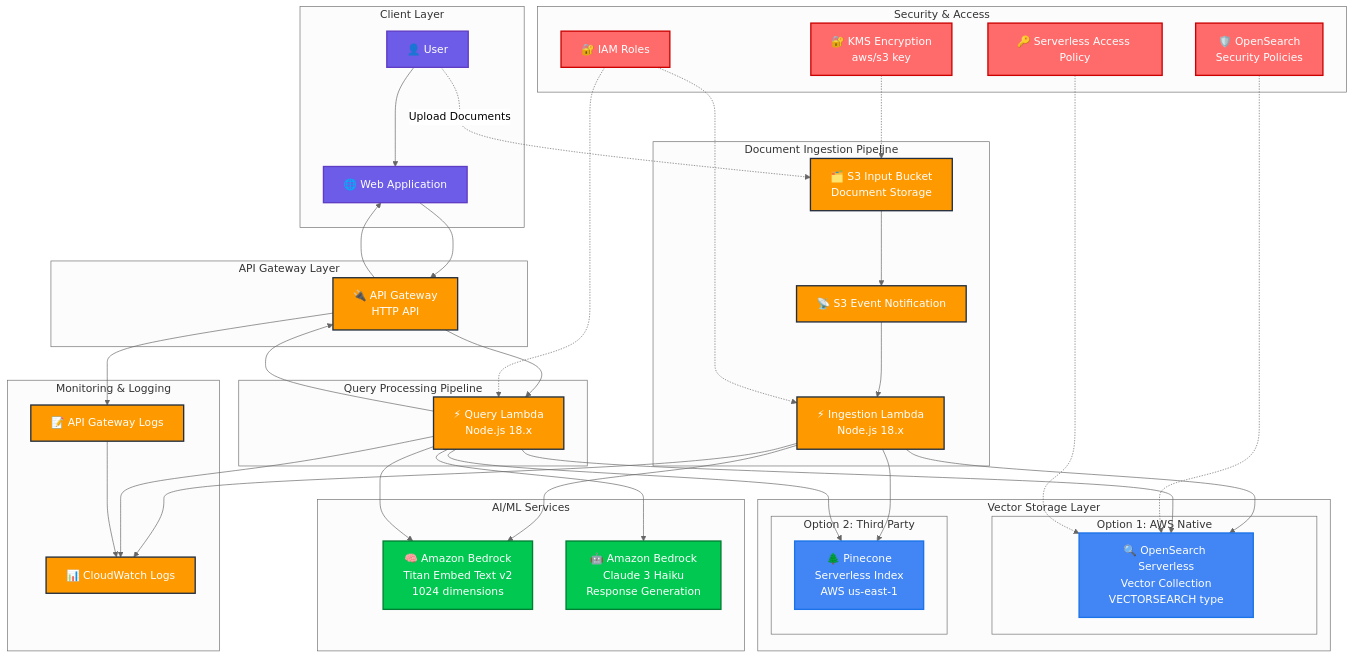
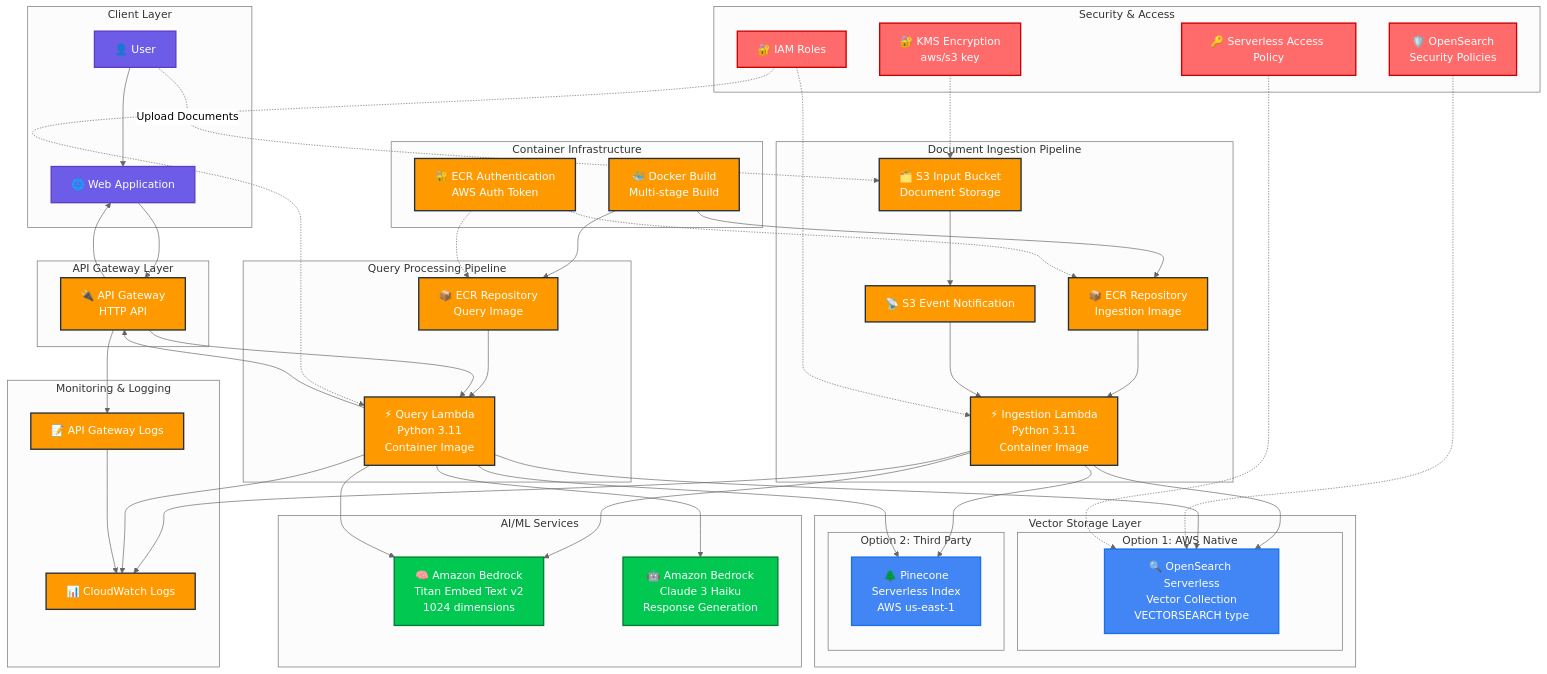
The diagram in rag-architecture-hld.md (pulumi-initech/aws-rag-pipeline), drawn with Mermaid (neutral theme) before and after one commit. The commit also changed other lines of this file, not shown here.

````diff
--- a/rag-architecture-hld.md
+++ b/rag-architecture-hld.md
@@ -14,11 +14,18 @@
     subgraph "Document Ingestion Pipeline"
         S3Input[🗂️ S3 Input Bucket<br/>Document Storage]
         S3Event[📡 S3 Event Notification]
-        IngestionLambda[⚡ Ingestion Lambda<br/>Node.js 18.x]
+        IngestionLambda[⚡ Ingestion Lambda<br/>Python 3.11<br/>Container Image]
+        IngestionECR[📦 ECR Repository<br/>Ingestion Image]
     end
 
     subgraph "Query Processing Pipeline"
-        QueryLambda[⚡ Query Lambda<br/>Node.js 18.x]
+        QueryLambda[⚡ Query Lambda<br/>Python 3.11<br/>Container Image]
+        QueryECR[📦 ECR Repository<br/>Query Image]
+    end
+
+    subgraph "Container Infrastructure"
+        DockerBuild[🐳 Docker Build<br/>Multi-stage Build]
+        ECRAuth[🔐 ECR Authentication<br/>AWS Auth Token]
     end
 
     subgraph "AI/ML Services"
@@ -51,6 +58,14 @@
     User --> WebApp
     WebApp --> API
     User -.->|Upload Documents| S3Input
+
+    %% Container Build Flow
+    DockerBuild --> IngestionECR
+    DockerBuild --> QueryECR
+    ECRAuth -.-> IngestionECR
+    ECRAuth -.-> QueryECR
+    IngestionECR --> IngestionLambda
+    QueryECR --> QueryLambda
 
     %% Ingestion Flow
     S3Input --> S3Event
@@ -89,10 +104,11 @@
     classDef security fill:#FF6B6B,stroke:#CC0000,stroke-width:2px,color:#FFFFFF
     classDef client fill:#6C5CE7,stroke:#5F3DC4,stroke-width:2px,color:#FFFFFF
 
-    class S3Input,API,CloudWatch,APILogs,S3Event awsService
+    class S3Input,API,CloudWatch,APILogs,S3Event,IngestionECR,QueryECR,ECRAuth awsService
     class IngestionLambda,QueryLambda lambdaService
     class OpenSearch,Pinecone vectorStore
     class BedrockEmbed,BedrockLLM aiService
     class IAMRoles,SecurityPolicies,ServerlessAccess,KMS security
     class User,WebApp client
+    class DockerBuild lambdaService
 ```
````
